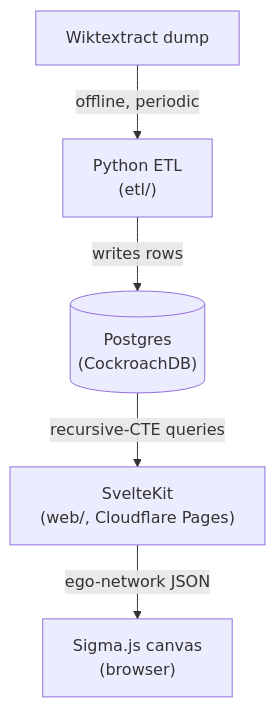
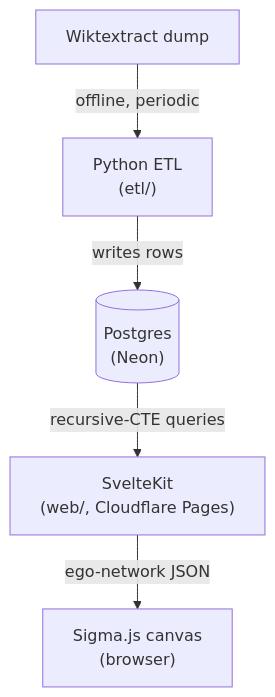
Before and after one commit to van-riper/etymyriad: the diagram in README.md, drawn with Mermaid. The commit also changed 7 other files, not shown here.

````diff
--- a/README.md
+++ b/README.md
@@ -20,7 +20,7 @@
 ```mermaid
 flowchart TD
     dump["Wiktextract dump"] -->|offline, periodic| etl["Python ETL<br/>(etl/)"]
-    etl -->|writes rows| db[("Postgres<br/>(CockroachDB)")]
+    etl -->|writes rows| db[("Postgres<br/>(Neon)")]
     db -->|recursive-CTE queries| web["SvelteKit<br/>(web/, Cloudflare Pages)"]
     web -->|ego-network JSON| canvas["Sigma.js canvas<br/>(browser)"]
 ```
````
